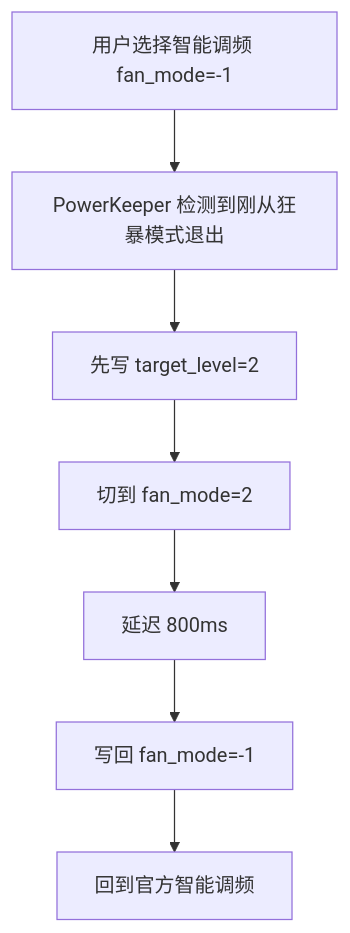
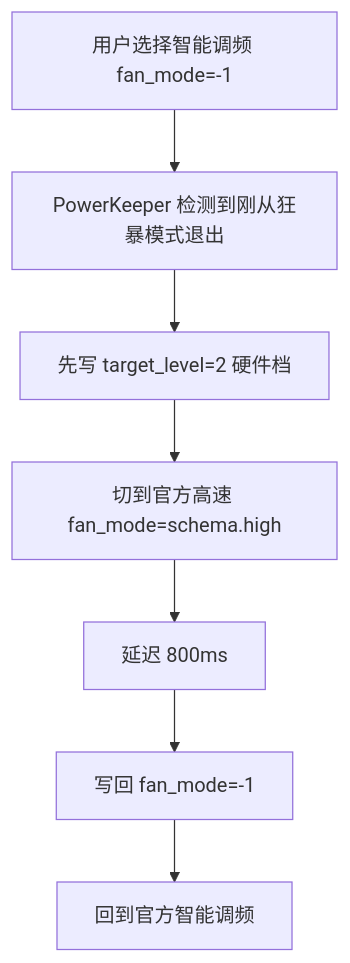
One commit to Yunnijian/Xiaomi_FanUltra changed the second of 2 diagrams in README.md. Above: the diagram before and after it, drawn with Mermaid. The commit also changed other lines of this file and 45 other files, not shown here.

Commit message:
Add custom fan mode and per-app configuration

````diff
--- a/README.md
+++ b/README.md
@@ -211,12 +217,12 @@
 ```mermaid
 flowchart TD
     A[用户选择智能调频 fan_mode=-1]
     B[PowerKeeper 检测到刚从狂暴模式退出]
-    C[先写 target_level=2]
-    D[切到 fan_mode=2]
+    C[先写 target_level=2 硬件档]
+    D[切到官方高速 fan_mode=schema.high]
     E[延迟 800ms]
     F[写回 fan_mode=-1]
     G[回到官方智能调频]
 
     A --> B --> C --> D --> E --> F --> G
 ```
````
